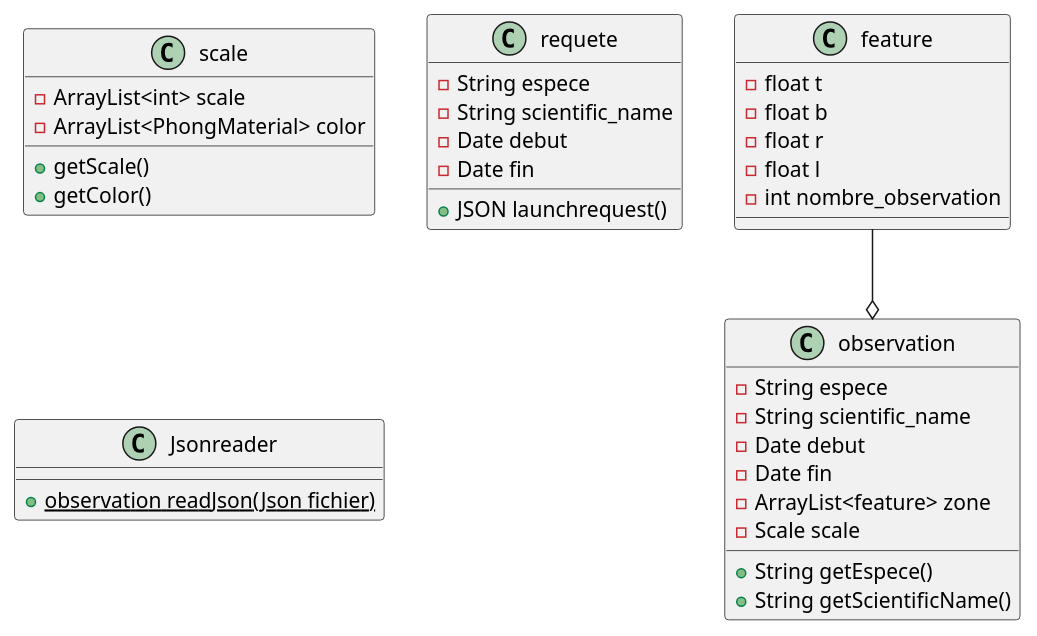
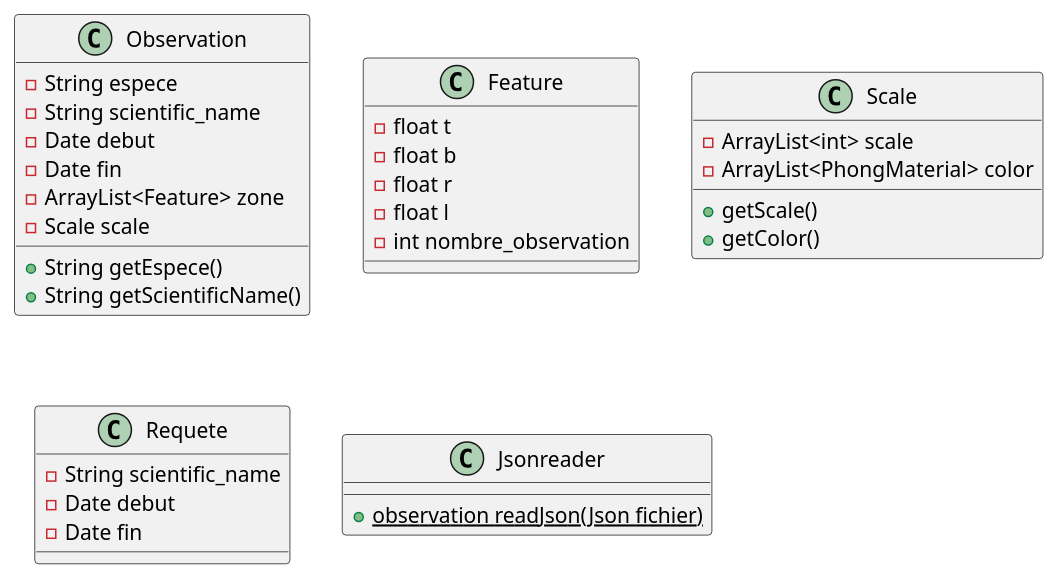
Before and after one commit to ClementChambard/ProjetIHM: the diagram in diagram.plantuml, drawn with PlantUML. The commit also changed 3 other files, not shown here.

```diff
--- a/diagram.plantuml
+++ b/diagram.plantuml
@@ -1,45 +1,42 @@
 @startuml
-class observation{
+class Observation{
   -String espece
   -String scientific_name
   -Date debut
   -Date fin
-  -ArrayList<feature> zone
+  -ArrayList<Feature> zone
   -Scale scale
   +String getEspece()
   +String getScientificName()
 
 }
-class feature{
+
+class Feature {
    -float t
    -float b
    -float r
    -float l
    -int nombre_observation
 
 }
 
-class scale{
+class Scale{
    -ArrayList<int> scale
    -ArrayList<PhongMaterial> color
    +getScale()
    +getColor()
 
 }
-class requete {
-  -String espece
+class Requete {
   -String scientific_name
   -Date debut
   -Date fin
-    
-    
+}
 
-
-    + JSON launchrequest()
-}
 class Jsonreader{
       {static}+observation readJson(Json fichier)
 }
 
-feature --o observation
+
+
 @enduml
```
